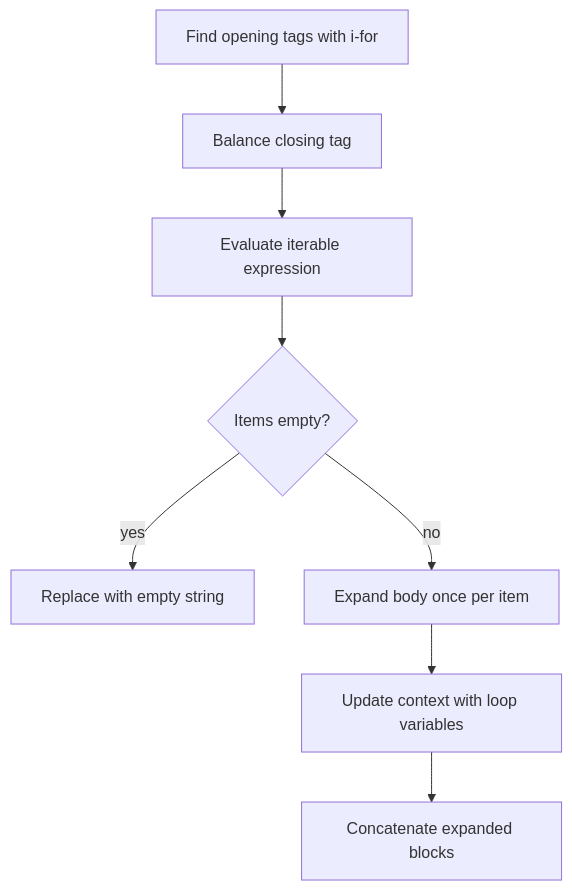
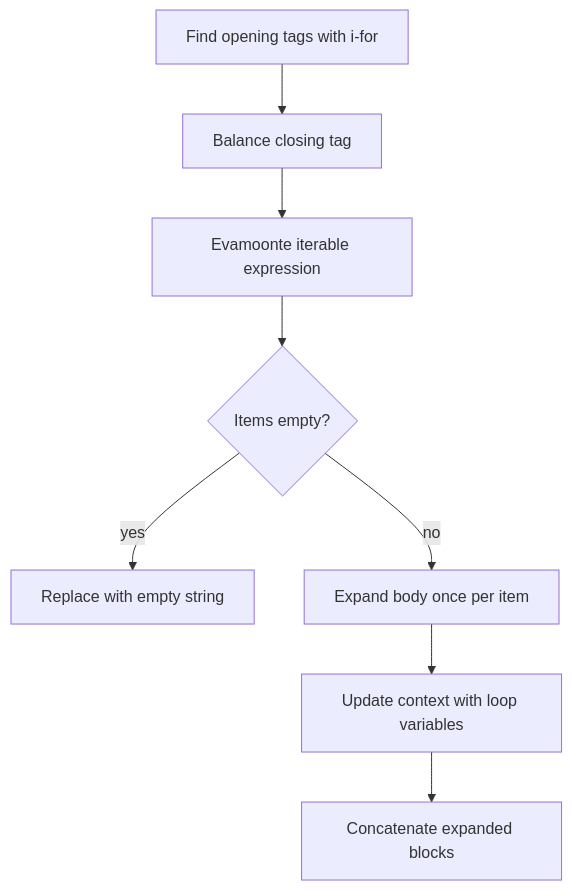
Before and after one commit to roderiano/lua-spa: the second of 3 diagrams in docs/docs/advanced/rendering-engine.md, drawn with Mermaid. The commit also changed other lines of this file and 90 other files, not shown here.

````diff
--- a/docs/docs/advanced/rendering-engine.md
+++ b/docs/docs/advanced/rendering-engine.md
@@ -41,10 +41,10 @@
 ```mermaid
 flowchart TD
     A[Find opening tags with i-for] --> B[Balance closing tag]
-    B --> C[Evaluate iterable expression]
+    B --> C[Evamoonte iterable expression]
     C --> D{Items empty?}
     D -- yes --> E[Replace with empty string]
     D -- no --> F[Expand body once per item]
     F --> G[Update context with loop variables]
     G --> H[Concatenate expanded blocks]
 ```
````
